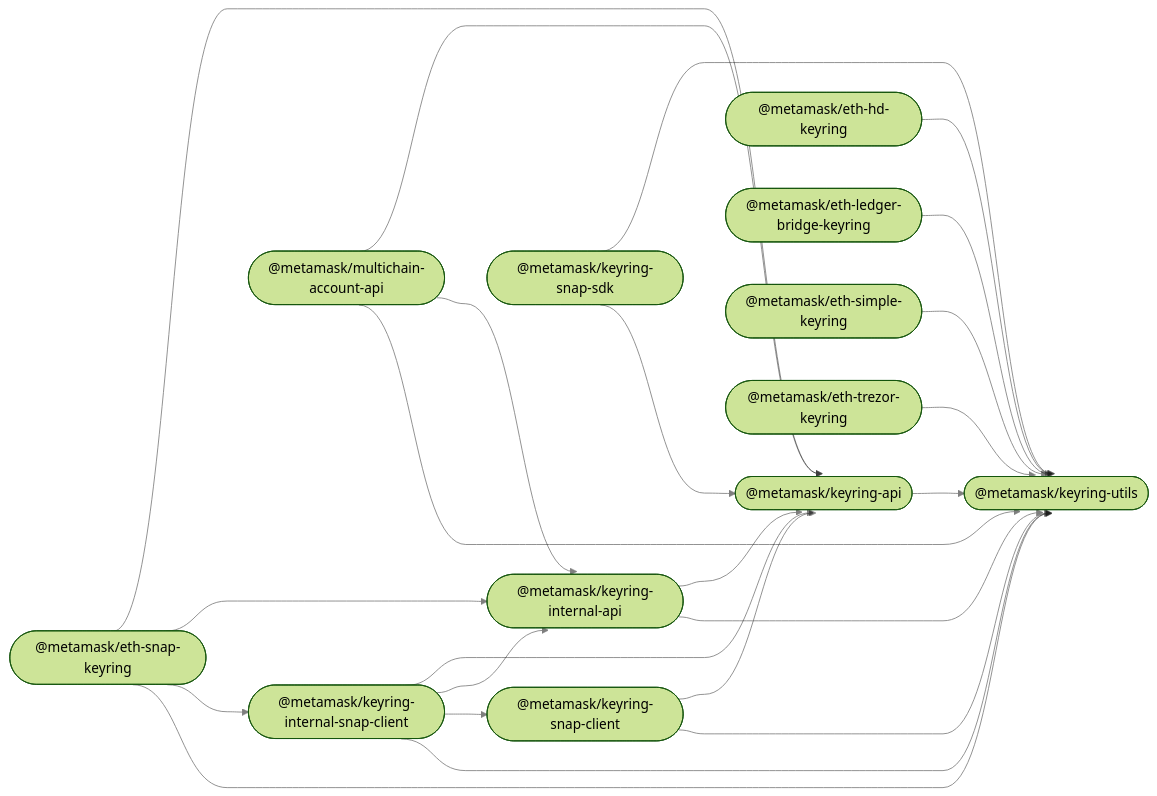
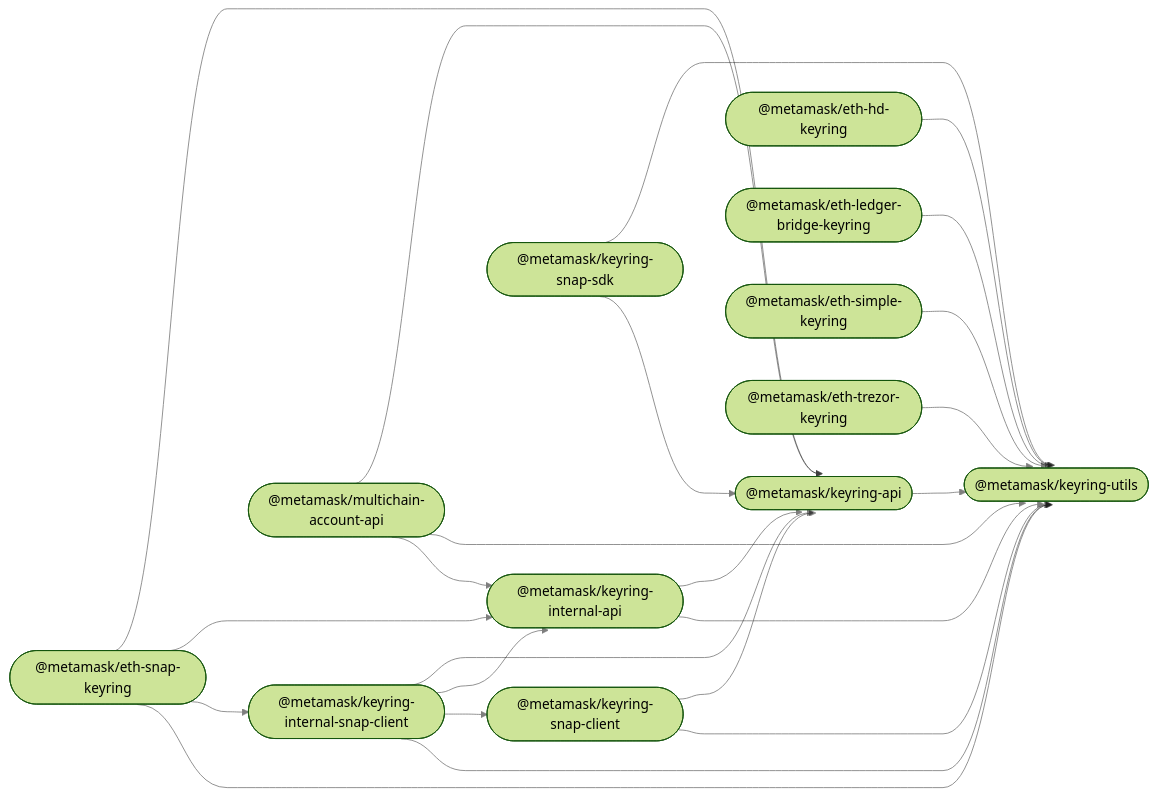
Before and after one commit to MetaMask/accounts: the diagram in README.md, drawn with Mermaid (forest theme). The commit also changed other lines of this file and 1 other file, not shown here.

````diff
--- a/README.md
+++ b/README.md
@@ -34,39 +34,39 @@
 ```mermaid
 %%{ init: { 'flowchart': { 'curve': 'bumpX' } } }%%
 graph LR;
 linkStyle default opacity:0.5
   keyring_api(["@metamask/keyring-api"]);
   eth_hd_keyring(["@metamask/eth-hd-keyring"]);
   eth_ledger_bridge_keyring(["@metamask/eth-ledger-bridge-keyring"]);
   eth_simple_keyring(["@metamask/eth-simple-keyring"]);
   eth_trezor_keyring(["@metamask/eth-trezor-keyring"]);
   keyring_internal_api(["@metamask/keyring-internal-api"]);
   keyring_internal_snap_client(["@metamask/keyring-internal-snap-client"]);
   eth_snap_keyring(["@metamask/eth-snap-keyring"]);
   keyring_snap_client(["@metamask/keyring-snap-client"]);
   keyring_snap_sdk(["@metamask/keyring-snap-sdk"]);
   keyring_utils(["@metamask/keyring-utils"]);
   multichain_account_api(["@metamask/multichain-account-api"]);
   keyring_api --> keyring_utils;
   eth_hd_keyring --> keyring_utils;
   eth_ledger_bridge_keyring --> keyring_utils;
   eth_simple_keyring --> keyring_utils;
   eth_trezor_keyring --> keyring_utils;
   keyring_internal_api --> keyring_api;
   keyring_internal_api --> keyring_utils;
   keyring_internal_snap_client --> keyring_api;
   keyring_internal_snap_client --> keyring_internal_api;
   keyring_internal_snap_client --> keyring_snap_client;
   keyring_internal_snap_client --> keyring_utils;
   eth_snap_keyring --> keyring_api;
   eth_snap_keyring --> keyring_internal_api;
   eth_snap_keyring --> keyring_internal_snap_client;
   eth_snap_keyring --> keyring_utils;
   keyring_snap_client --> keyring_api;
   keyring_snap_client --> keyring_utils;
   keyring_snap_sdk --> keyring_utils;
   keyring_snap_sdk --> keyring_api;
   multichain_account_api --> keyring_api;
+  multichain_account_api --> keyring_utils;
   multichain_account_api --> keyring_internal_api;
-  multichain_account_api --> keyring_utils;
 ```
````
